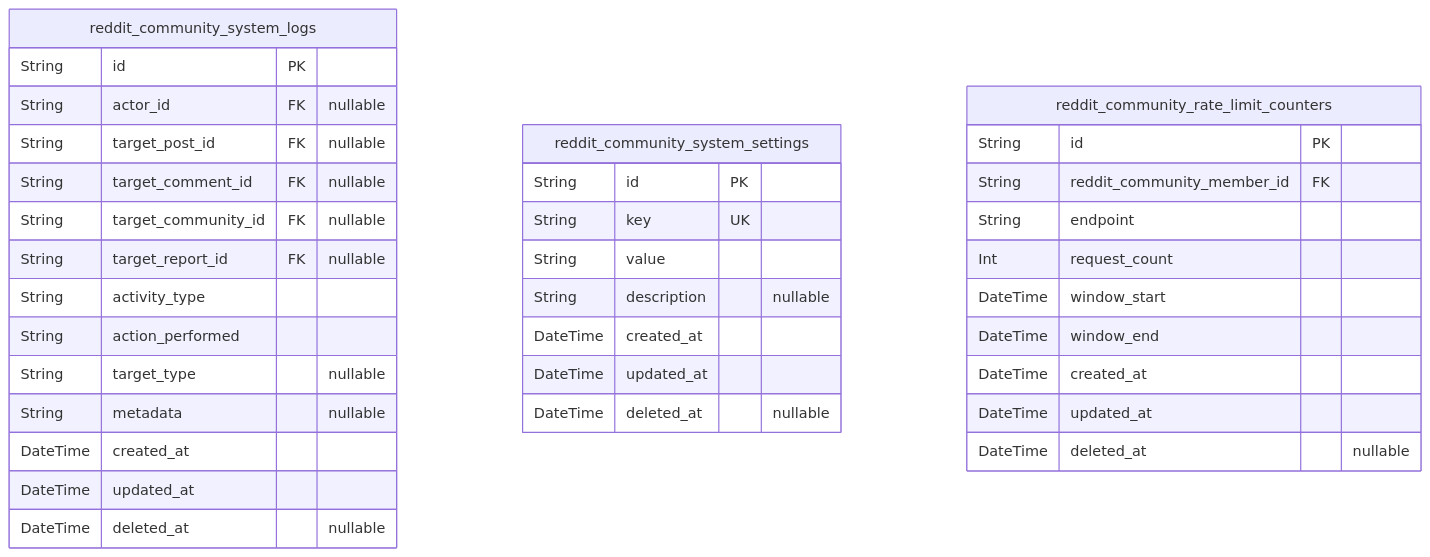
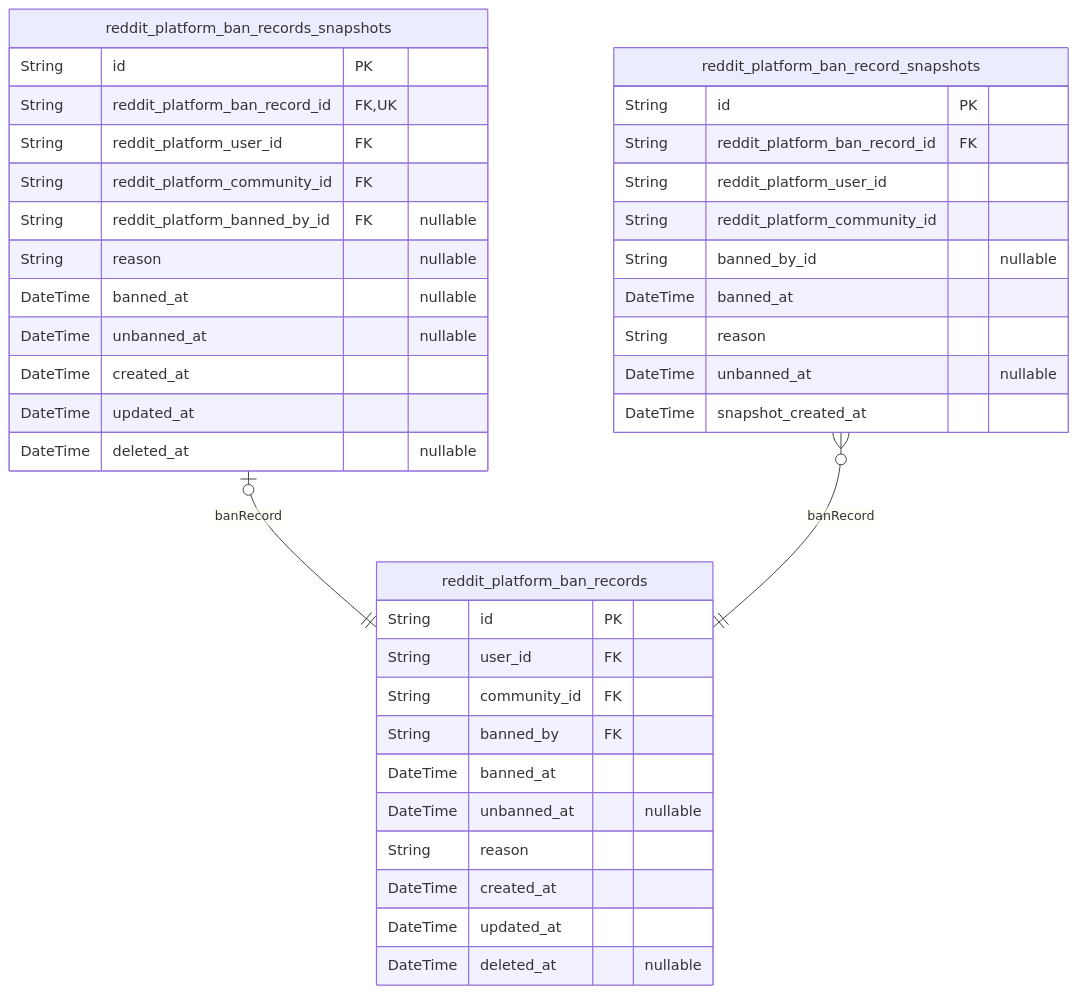
Before and after one commit to wrtnlabs/autobe-examples: the eighth of 8 diagrams in qwen/qwen3.5-35b-a3b/reddit/docs/ERD.md, drawn with Mermaid. The commit also changed other lines of this file and 32093 other files, not shown here.

````diff
--- a/qwen/qwen3.5-35b-a3b/reddit/docs/ERD.md
+++ b/qwen/qwen3.5-35b-a3b/reddit/docs/ERD.md
@@ -1814,38 +1508,41 @@
 ```mermaid
 erDiagram
-"reddit_community_system_logs" {
+"reddit_platform_ban_records" {
   String id PK
-  String actor_id FK "nullable"
-  String target_post_id FK "nullable"
-  String target_comment_id FK "nullable"
-  String target_community_id FK "nullable"
-  String target_report_id FK "nullable"
-  String activity_type
-  String action_performed
-  String target_type "nullable"
-  String metadata "nullable"
+  String user_id FK
+  String community_id FK
+  String banned_by FK
+  DateTime banned_at
+  DateTime unbanned_at "nullable"
+  String reason
   DateTime created_at
   DateTime updated_at
   DateTime deleted_at "nullable"
 }
-"reddit_community_system_settings" {
+"reddit_platform_ban_records_snapshots" {
   String id PK
-  String key UK
-  String value
-  String description "nullable"
+  String reddit_platform_ban_record_id FK,UK
+  String reddit_platform_user_id FK
+  String reddit_platform_community_id FK
+  String reddit_platform_banned_by_id FK "nullable"
+  String reason "nullable"
+  DateTime banned_at "nullable"
+  DateTime unbanned_at "nullable"
   DateTime created_at
   DateTime updated_at
   DateTime deleted_at "nullable"
 }
-"reddit_community_rate_limit_counters" {
+"reddit_platform_ban_record_snapshots" {
   String id PK
-  String reddit_community_member_id FK
-  String endpoint
-  Int request_count
-  DateTime window_start
-  DateTime window_end
-  DateTime created_at
-  DateTime updated_at
-  DateTime deleted_at "nullable"
+  String reddit_platform_ban_record_id FK
+  String reddit_platform_user_id
+  String reddit_platform_community_id
+  String banned_by_id "nullable"
+  DateTime banned_at
+  String reason
+  DateTime unbanned_at "nullable"
+  DateTime snapshot_created_at
 }
+"reddit_platform_ban_records_snapshots" |o--|| "reddit_platform_ban_records" : banRecord
+"reddit_platform_ban_record_snapshots" }o--|| "reddit_platform_ban_records" : banRecord
 ```
````
